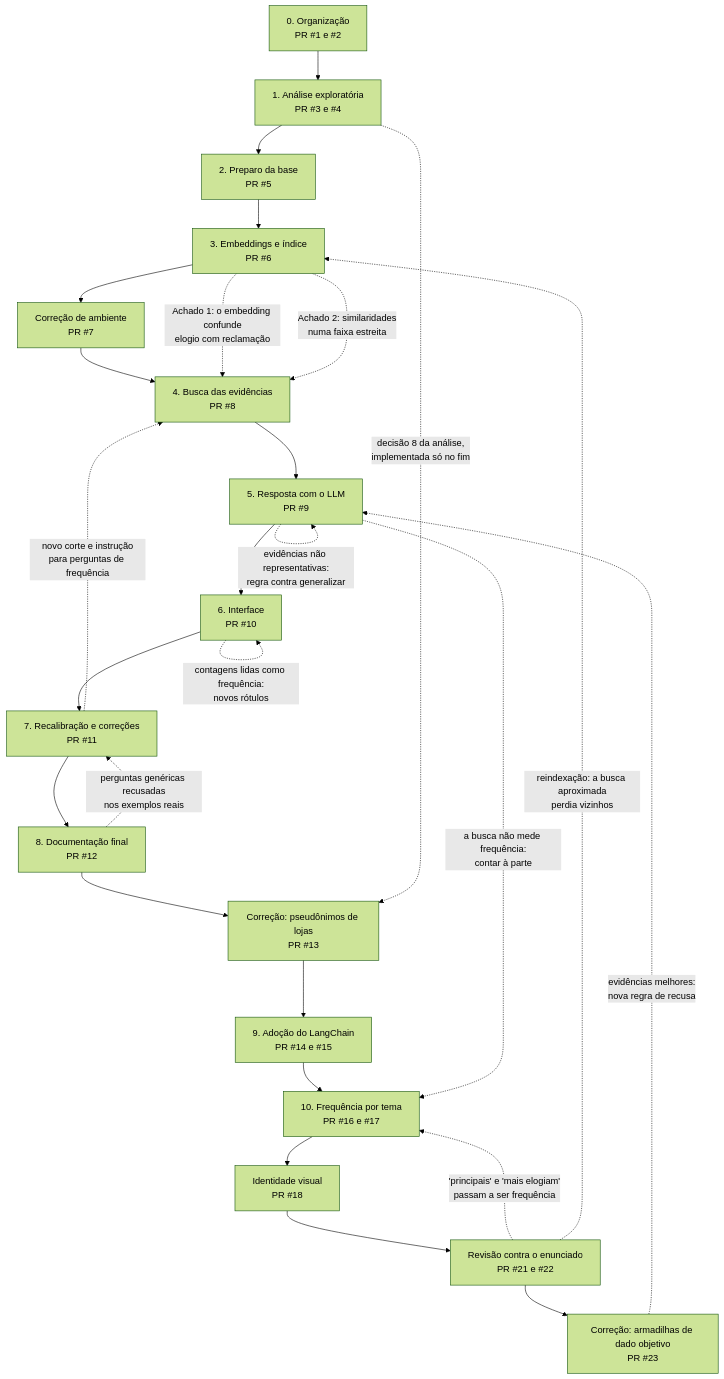
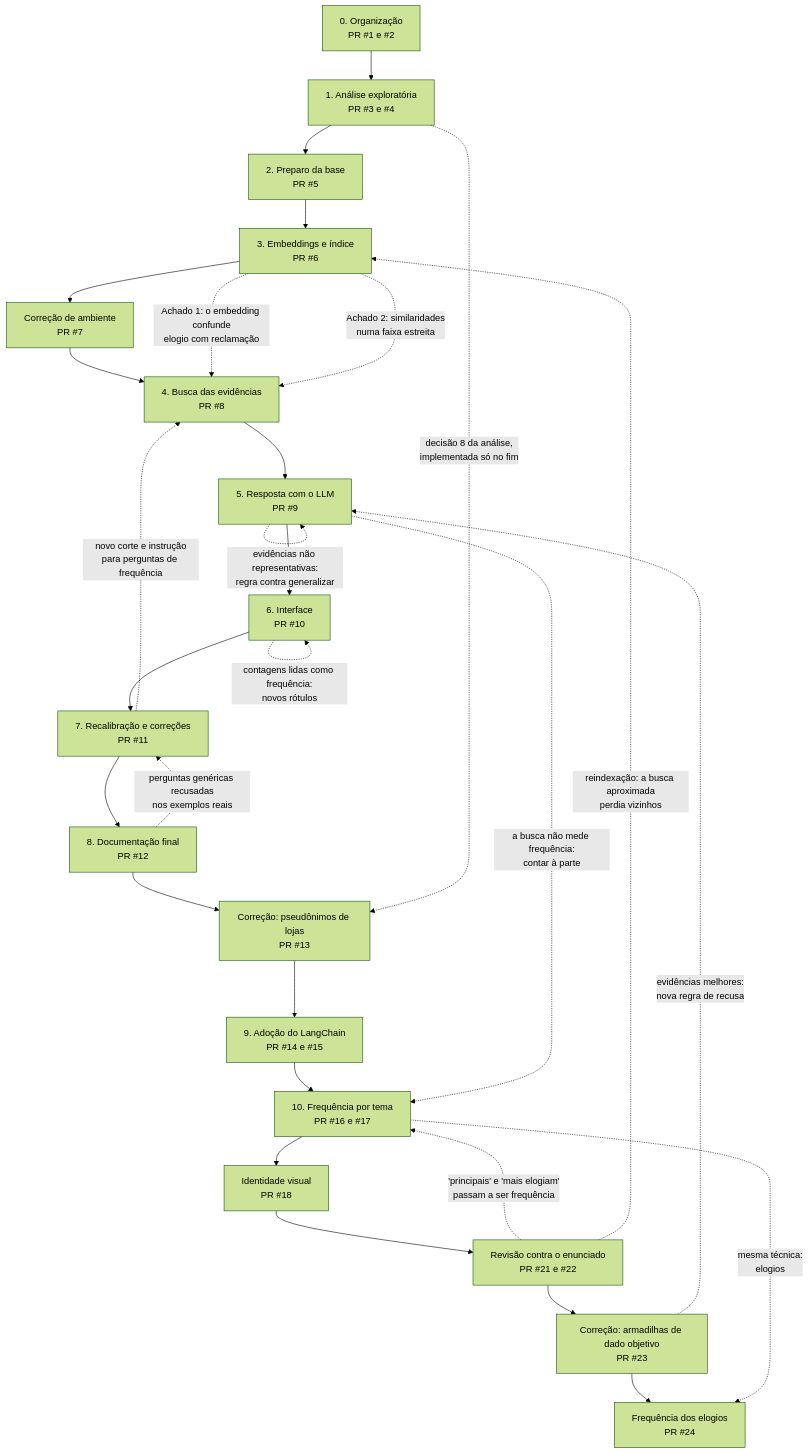
One commit to Dinaldorc/tech-challenge-fase4 changed the diagram in docs/processo.md. Above: the diagram before and after it, drawn with Mermaid (forest theme). The commit also changed other lines of this file and 13 other files, not shown here.

````diff
--- a/docs/processo.md
+++ b/docs/processo.md
@@ -16,30 +16,32 @@
 ```mermaid
 flowchart TD
     E0["0. Organização<br/>PR #1 e #2"] --> E1["1. Análise exploratória<br/>PR #3 e #4"]
     E1 --> E2["2. Preparo da base<br/>PR #5"]
     E2 --> E3["3. Embeddings e índice<br/>PR #6"]
     E3 --> E3b["Correção de ambiente<br/>PR #7"]
     E3b --> E4["4. Busca das evidências<br/>PR #8"]
     E4 --> E5["5. Resposta com o LLM<br/>PR #9"]
     E5 --> E6["6. Interface<br/>PR #10"]
     E6 --> E7["7. Recalibração e correções<br/>PR #11"]
     E7 --> E8["8. Documentação final<br/>PR #12"]
     E8 --> E9["Correção: pseudônimos de lojas<br/>PR #13"]
     E9 --> E10["9. Adoção do LangChain<br/>PR #14 e #15"]
     E10 --> E11["10. Frequência por tema<br/>PR #16 e #17"]
     E11 --> E12["Identidade visual<br/>PR #18"]
     E12 --> E13["Revisão contra o enunciado<br/>PR #21 e #22"]
     E13 --> E14["Correção: armadilhas de dado objetivo<br/>PR #23"]
+    E14 --> E15["Frequência dos elogios<br/>PR #24"]
     E13 -.->|"'principais' e 'mais elogiam'<br/>passam a ser frequência"| E11
     E5 -.->|"a busca não mede frequência:<br/>contar à parte"| E11
     E13 -.->|"reindexação: a busca aproximada<br/>perdia vizinhos"| E3
     E14 -.->|"evidências melhores:<br/>nova regra de recusa"| E5
+    E11 -.->|"mesma técnica:<br/>elogios"| E15
 
     E3 -.->|"Achado 1: o embedding confunde<br/>elogio com reclamação"| E4
     E3 -.->|"Achado 2: similaridades<br/>numa faixa estreita"| E4
     E5 -.->|"evidências não representativas:<br/>regra contra generalizar"| E5
     E6 -.->|"contagens lidas como frequência:<br/>novos rótulos"| E6
     E8 -.->|"perguntas genéricas recusadas<br/>nos exemplos reais"| E7
     E7 -.->|"novo corte e instrução<br/>para perguntas de frequência"| E4
     E1 -.->|"decisão 8 da análise,<br/>implementada só no fim"| E9
 ```
````
